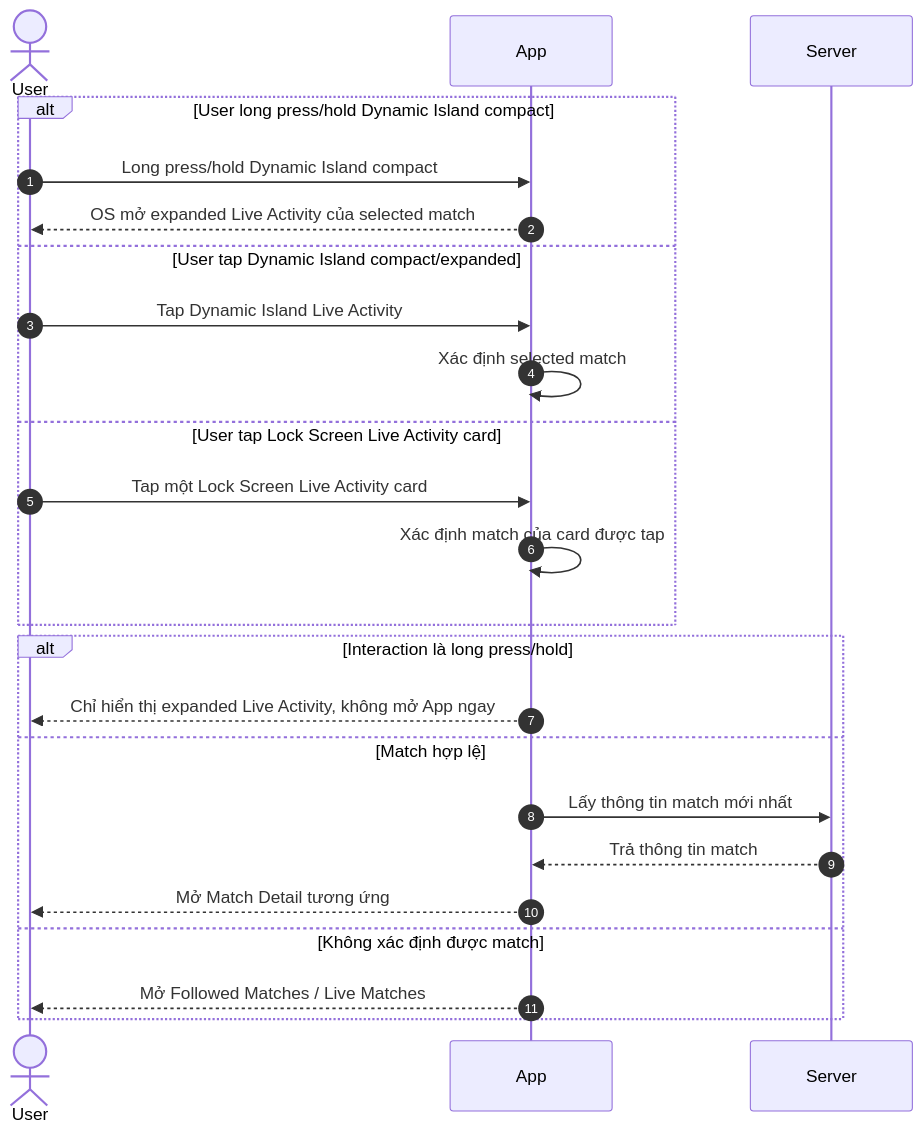
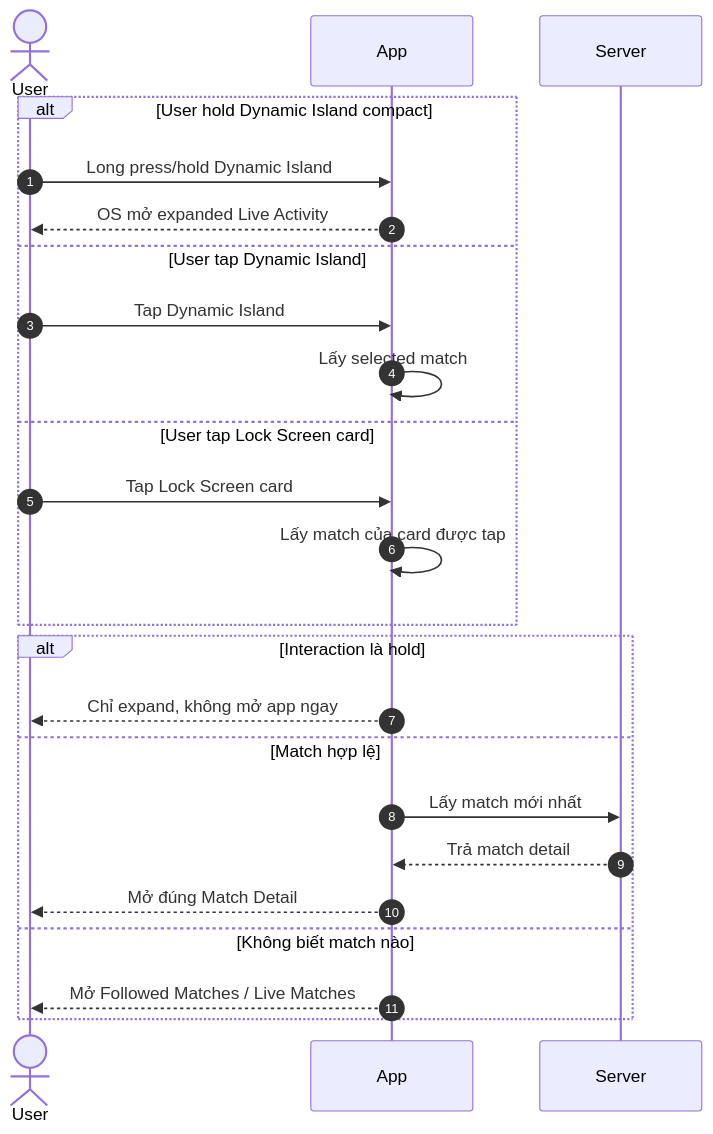
One commit to duongdang1136/FPTPLay changed the fourth of 4 diagrams in features/final-docs/Sport-Zone/Live-Activity/product/live-activity-user-flows-functional-requirements.md. Above: the diagram before and after it, drawn with Mermaid. The commit also changed other lines of this file, not shown here.

Commit message:
docs: rewrite live activity requirements in caveman vietnam

````diff
--- a/features/final-docs/Sport-Zone/Live-Activity/product/live-activity-user-flows-functional-requirements.md
+++ b/features/final-docs/Sport-Zone/Live-Activity/product/live-activity-user-flows-functional-requirements.md
@@ -186,29 +195,29 @@
 ```mermaid
 sequenceDiagram
     autonumber
 
     actor User
     participant App
     participant Server
 
-    alt User long press/hold Dynamic Island compact
-        User->>App: Long press/hold Dynamic Island compact
-        App-->>User: OS mở expanded Live Activity của selected match
-    else User tap Dynamic Island compact/expanded
-        User->>App: Tap Dynamic Island Live Activity
-        App->>App: Xác định selected match
-    else User tap Lock Screen Live Activity card
-        User->>App: Tap một Lock Screen Live Activity card
-        App->>App: Xác định match của card được tap
+    alt User hold Dynamic Island compact
+        User->>App: Long press/hold Dynamic Island
+        App-->>User: OS mở expanded Live Activity
+    else User tap Dynamic Island
+        User->>App: Tap Dynamic Island
+        App->>App: Lấy selected match
+    else User tap Lock Screen card
+        User->>App: Tap Lock Screen card
+        App->>App: Lấy match của card được tap
     end
 
-    alt Interaction là long press/hold
-        App-->>User: Chỉ hiển thị expanded Live Activity, không mở App ngay
+    alt Interaction là hold
+        App-->>User: Chỉ expand, không mở app ngay
     else Match hợp lệ
-        App->>Server: Lấy thông tin match mới nhất
-        Server-->>App: Trả thông tin match
-        App-->>User: Mở Match Detail tương ứng
-    else Không xác định được match
+        App->>Server: Lấy match mới nhất
+        Server-->>App: Trả match detail
+        App-->>User: Mở đúng Match Detail
+    else Không biết match nào
         App-->>User: Mở Followed Matches / Live Matches
     end
 ```
````
